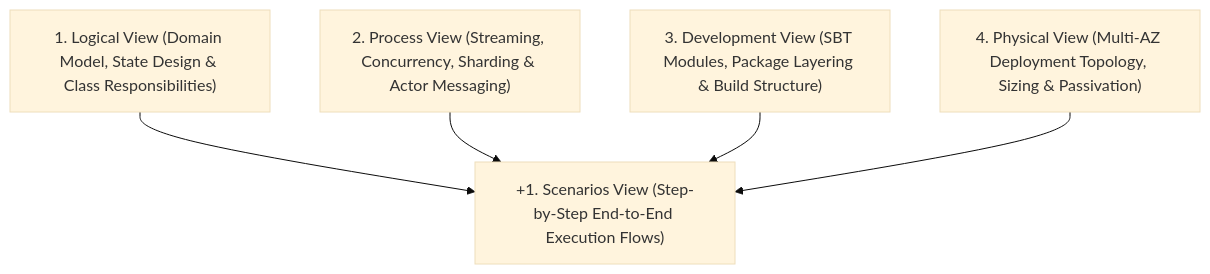
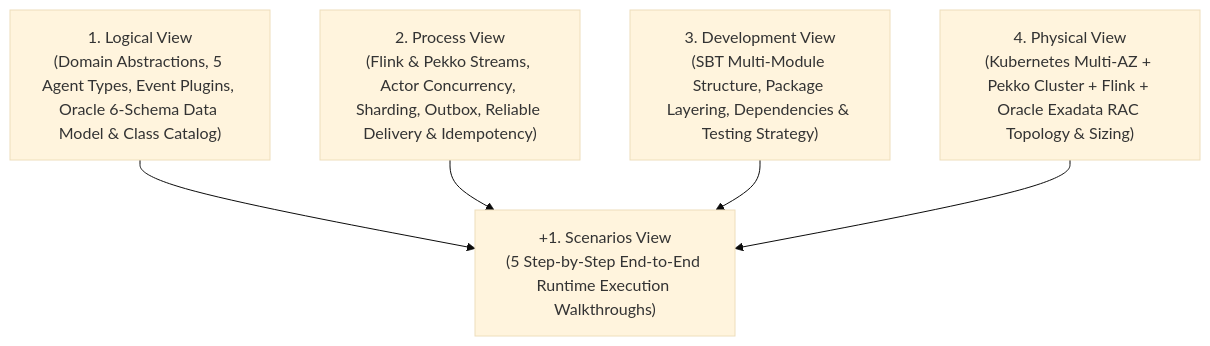
One commit to kkaduk/CustAgents changed the first of 9 diagrams in ARCHITECTURE.md. Above: the diagram before and after it, drawn with Mermaid (base theme). The commit also changed other lines of this file, not shown here.

Commit message:
Adding 4+1 architecture description

````diff
--- a/ARCHITECTURE.md
+++ b/ARCHITECTURE.md
@@ -27,13 +39,13 @@
 ```mermaid
 flowchart TB
-    Logical["1. Logical View (Domain Model, State Design & Class Responsibilities)"]
-    Process["2. Process View (Streaming, Concurrency, Sharding & Actor Messaging)"]
-    Development["3. Development View (SBT Modules, Package Layering & Build Structure)"]
-    Physical["4. Physical View (Multi-AZ Deployment Topology, Sizing & Passivation)"]
-    Scenarios["+1. Scenarios View (Step-by-Step End-to-End Execution Flows)"]
+    Logical["1. Logical View<br/>(Domain Abstractions, 5 Agent Types, Event Plugins, Oracle 6-Schema Data Model & Class Catalog)"]
+    Process["2. Process View<br/>(Flink & Pekko Streams, Actor Concurrency, Sharding, Outbox, Reliable Delivery & Idempotency)"]
+    Development["3. Development View<br/>(SBT Multi-Module Structure, Package Layering, Dependencies & Testing Strategy)"]
+    Physical["4. Physical View<br/>(Kubernetes Multi-AZ + Pekko Cluster + Flink + Oracle Exadata RAC Topology & Sizing)"]
+    Scenarios["+1. Scenarios View<br/>(5 Step-by-Step End-to-End Runtime Execution Walkthroughs)"]
 
     Logical --> Scenarios
     Process --> Scenarios
     Development --> Scenarios
     Physical --> Scenarios
 ```
````
